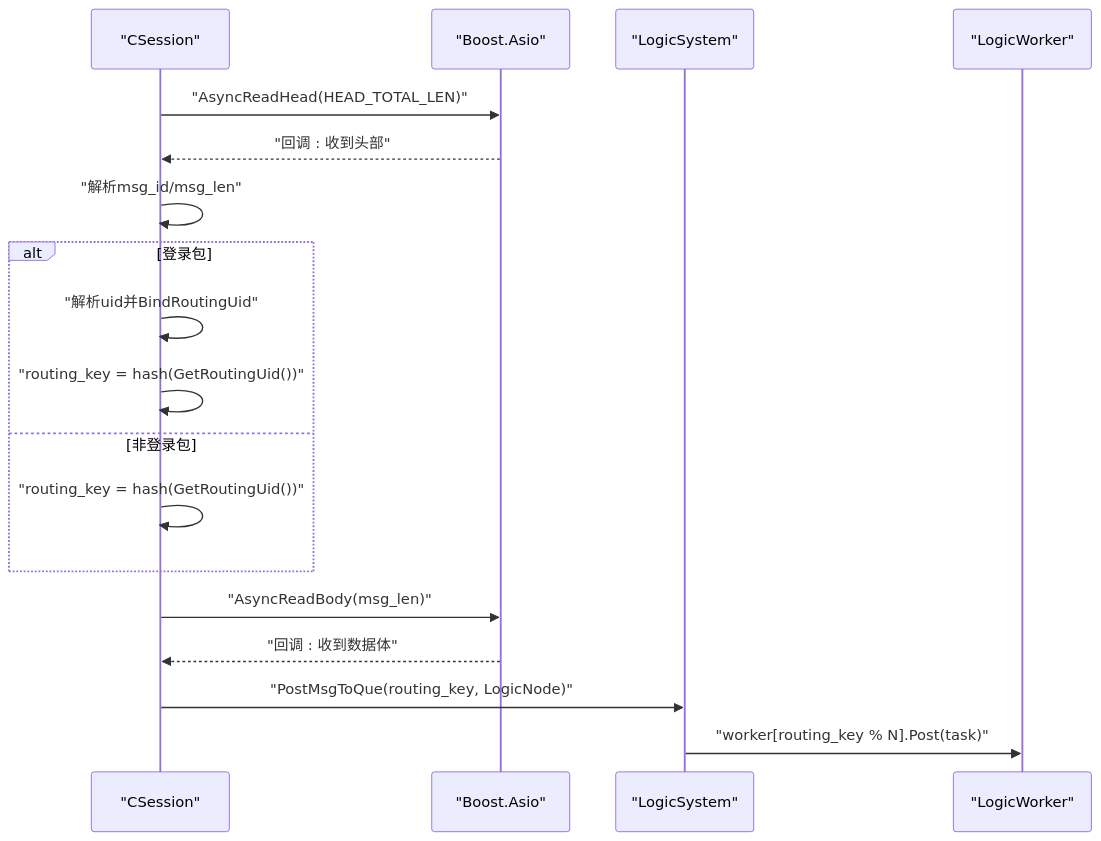
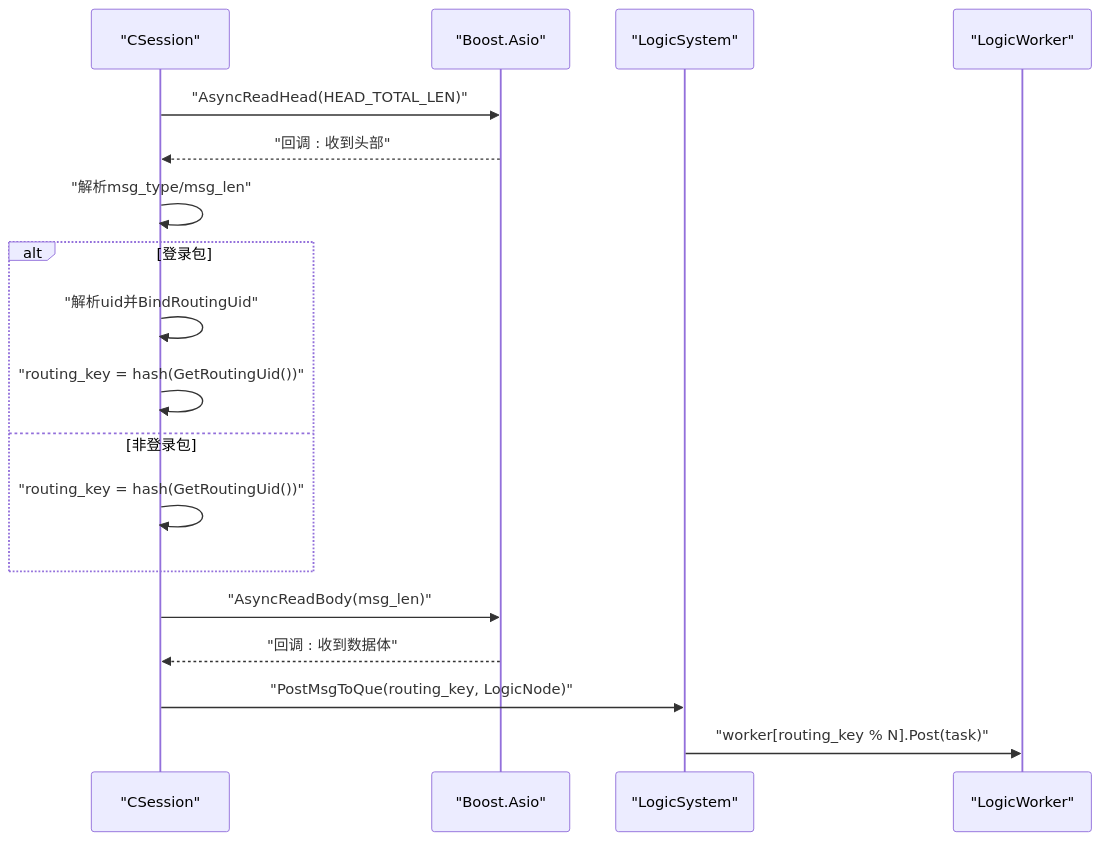
One commit to echo9923/mychatter changed the fifth of 7 diagrams in .qoder/repowiki/zh/content/服务端开发/ChatServer聊天核心服务/业务逻辑系统/消息路由系统.md. Above: the diagram before and after it, drawn with Mermaid. The commit also changed other lines of this file and 128 other files, not shown here.

First line of the commit message:
refactor(protocol): TCP 帧头消息类型 msg_id 全局改名为 msg_type

````diff
--- a/.qoder/repowiki/zh/content/服务端开发/ChatServer聊天核心服务/业务逻辑系统/消息路由系统.md
+++ b/.qoder/repowiki/zh/content/服务端开发/ChatServer聊天核心服务/业务逻辑系统/消息路由系统.md
@@ -255,20 +255,20 @@
 ```mermaid
 sequenceDiagram
 participant IO as "CSession"
 participant Net as "Boost.Asio"
 participant LS as "LogicSystem"
 participant Worker as "LogicWorker"
 IO->>Net : "AsyncReadHead(HEAD_TOTAL_LEN)"
 Net-->>IO : "回调 : 收到头部"
-IO->>IO : "解析msg_id/msg_len"
+IO->>IO : "解析msg_type/msg_len"
 alt 登录包
 IO->>IO : "解析uid并BindRoutingUid"
 IO->>IO : "routing_key = hash(GetRoutingUid())"
 else 非登录包
 IO->>IO : "routing_key = hash(GetRoutingUid())"
 end
 IO->>Net : "AsyncReadBody(msg_len)"
 Net-->>IO : "回调 : 收到数据体"
 IO->>LS : "PostMsgToQue(routing_key, LogicNode)"
 LS->>Worker : "worker[routing_key % N].Post(task)"
 ```
````
